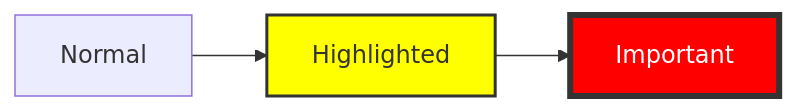
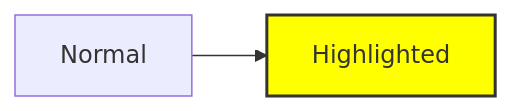
Before and after one commit to giodl73-repo/DEXTRO: diagram 13 of 15 in .claude/skills/create-architecture-diagram/SKILL.md, drawn with Mermaid. The commit also changed other lines of this file and 3 other files, not shown here.

````diff
--- a/.claude/skills/create-architecture-diagram/SKILL.md
+++ b/.claude/skills/create-architecture-diagram/SKILL.md
@@ -483,14 +294,6 @@
 ```mermaid
 flowchart LR
-    A[Normal]
-    B[Highlighted]
-    C[Important]
-
-    A --> B --> C
-
+    A[Normal] --> B[Highlighted]
     classDef highlight fill:#ffff00,stroke:#333,stroke-width:2px
-    classDef important fill:#ff0000,color:#fff,stroke:#333,stroke-width:4px
-
     class B highlight
-    class C important
 ```
````
